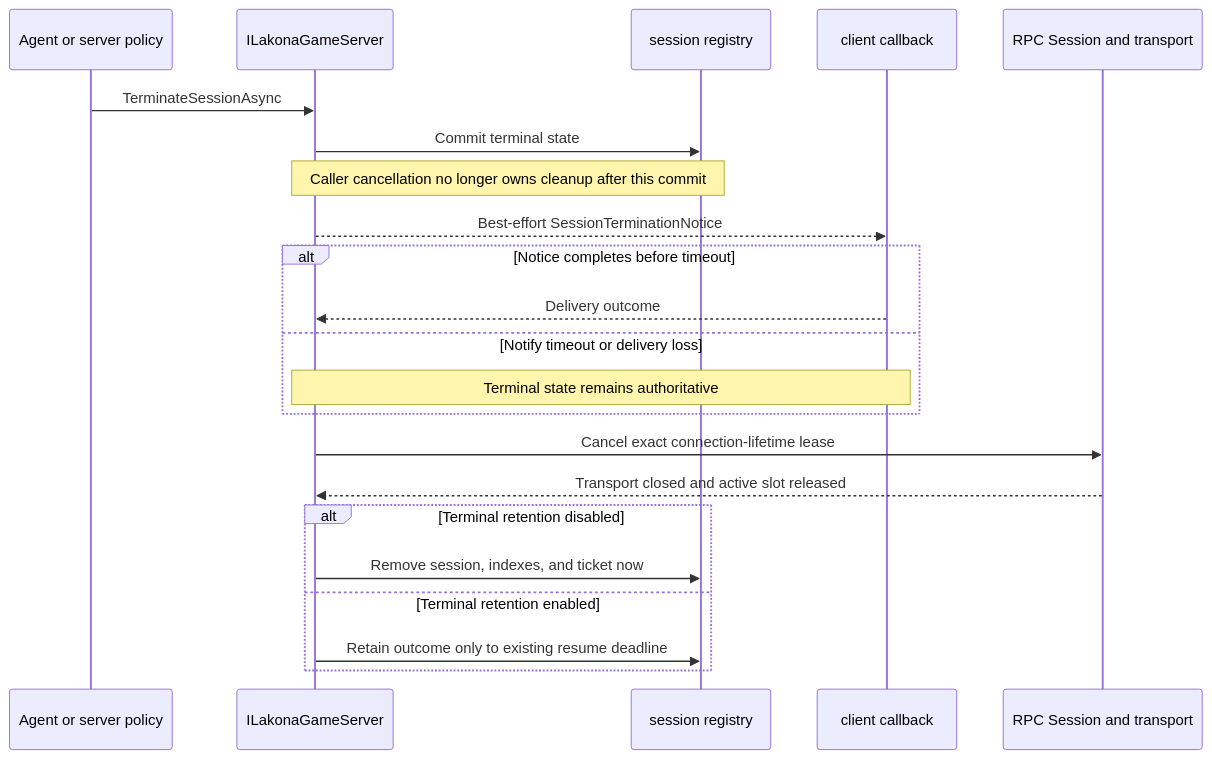
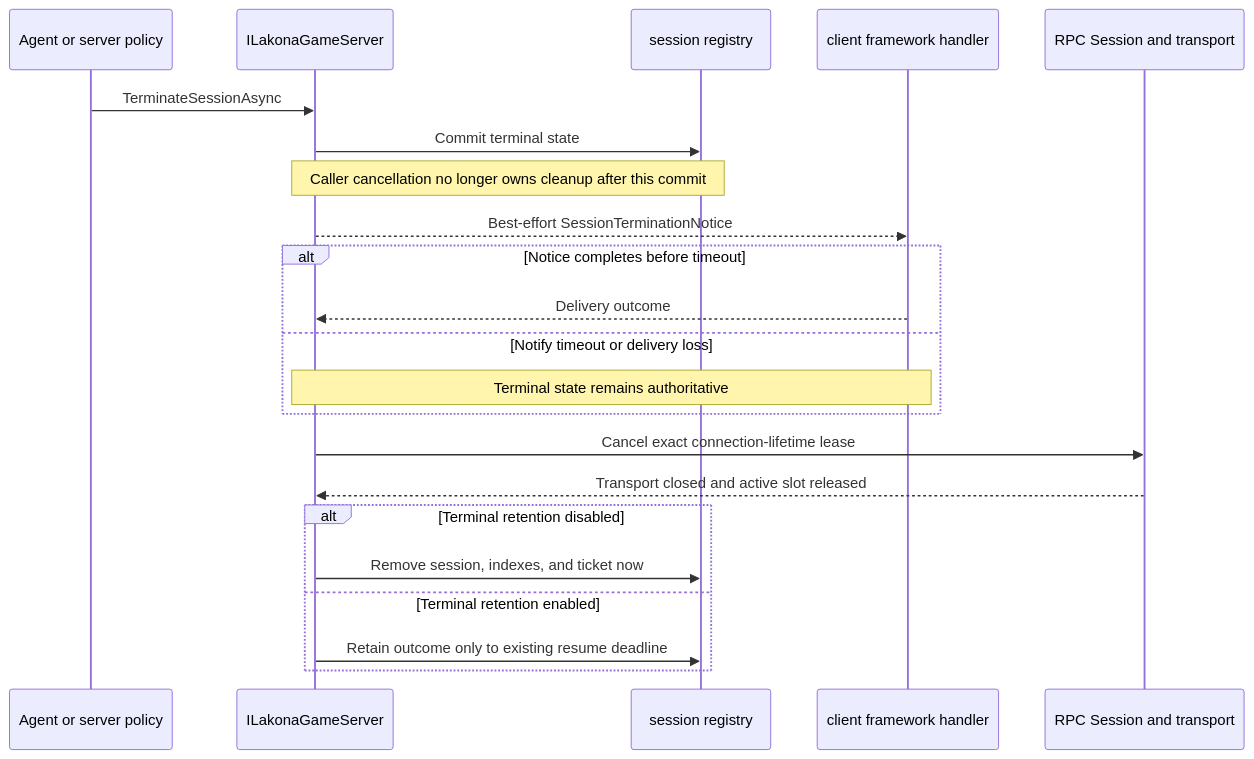
Before and after one commit to bruce48x/Lakona: the sixth of 8 diagrams in docs/session.md, drawn with Mermaid. The commit also changed 9 other files, not shown here.

````diff
--- a/docs/session.md
+++ b/docs/session.md
@@ -541,25 +541,25 @@
 ```mermaid
 sequenceDiagram
     participant P as Agent or server policy
     participant G as ILakonaGameServer
     participant S as session registry
-    participant C as client callback
+    participant C as client framework handler
     participant R as RPC Session and transport
 
     P->>G: TerminateSessionAsync
     G->>S: Commit terminal state
     Note over G,S: Caller cancellation no longer owns cleanup after this commit
     G-->>C: Best-effort SessionTerminationNotice
     alt Notice completes before timeout
         C-->>G: Delivery outcome
     else Notify timeout or delivery loss
         Note over G,C: Terminal state remains authoritative
     end
     G->>R: Cancel exact connection-lifetime lease
     R-->>G: Transport closed and active slot released
     alt Terminal retention disabled
         G->>S: Remove session, indexes, and ticket now
     else Terminal retention enabled
         G->>S: Retain outcome only to existing resume deadline
     end
 ```
````
